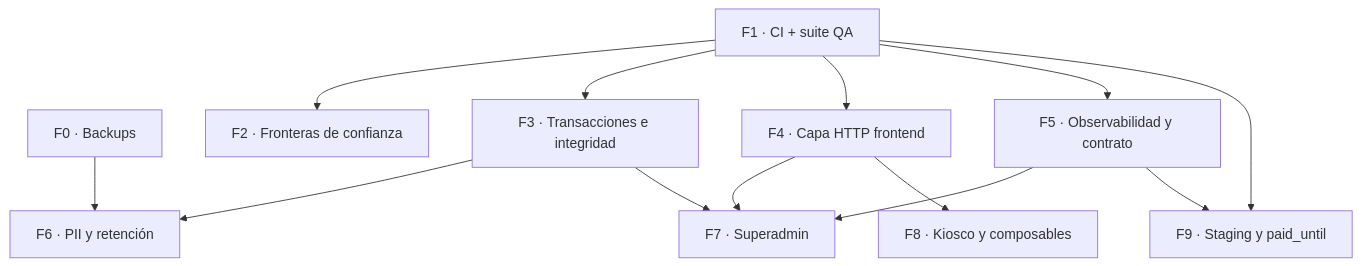
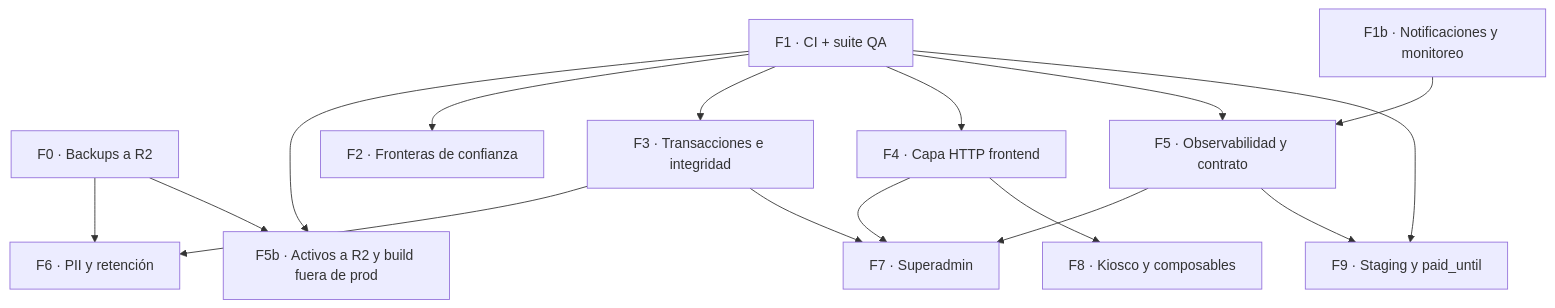
Before and after one commit to kashipu/Music-video: the diagram in docs/reviews/INDEX.md, drawn with Mermaid. The commit also changed other lines of this file and 1 other file, not shown here.

````diff
--- a/docs/reviews/INDEX.md
+++ b/docs/reviews/INDEX.md
@@ -66,15 +70,18 @@
 ```mermaid
 graph TD
-    F0[F0 · Backups] --> F6[F6 · PII y retención]
+    F0[F0 · Backups a R2] --> F6[F6 · PII y retención]
+    F0 --> F5b[F5b · Activos a R2 y build fuera de prod]
+    F1 --> F5b
+    F1b[F1b · Notificaciones y monitoreo] --> F5
     F1[F1 · CI + suite QA] --> F2[F2 · Fronteras de confianza]
     F1 --> F3[F3 · Transacciones e integridad]
     F1 --> F4[F4 · Capa HTTP frontend]
     F1 --> F5[F5 · Observabilidad y contrato]
     F1 --> F9[F9 · Staging y paid_until]
     F3 --> F6
     F3 --> F7[F7 · Superadmin]
     F4 --> F7
     F5 --> F7
     F5 --> F9
     F4 --> F8[F8 · Kiosco y composables]
 ```
````
